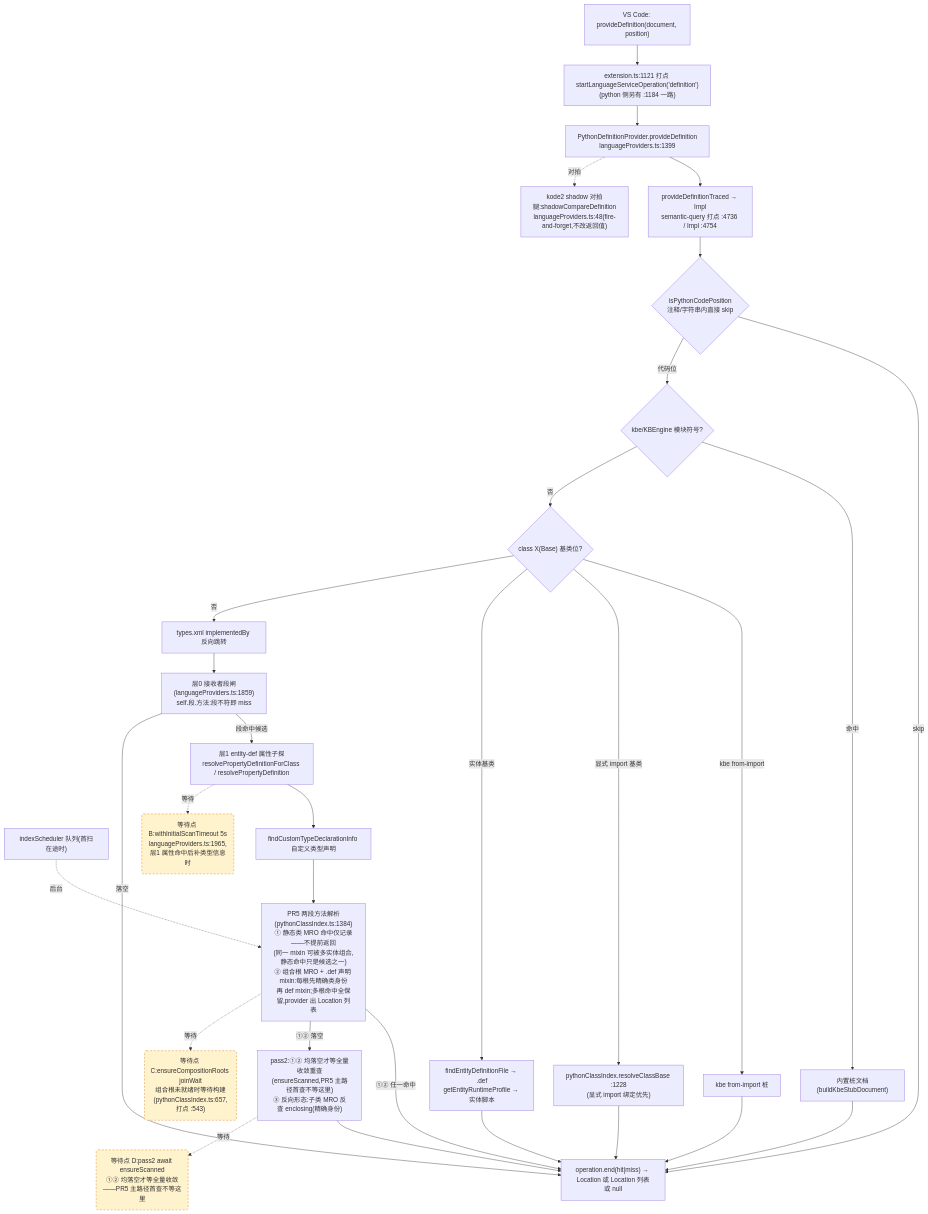
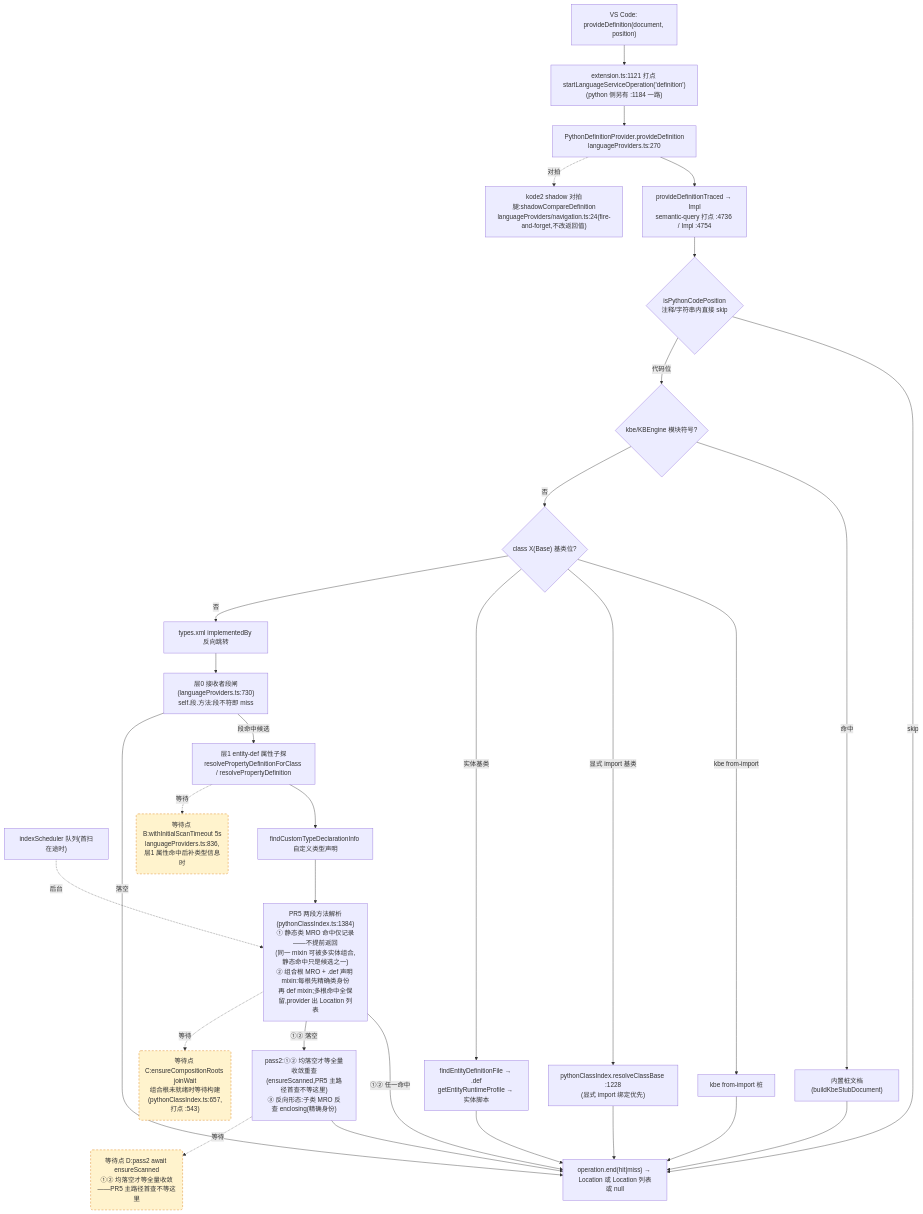
The second of 4 diagrams in docs/perf/2026-baseline.md (cuihairu/kode), drawn with Mermaid before and after one commit. The commit also changed other lines of this file and 5 other files, not shown here.

First line of the commit message:
refactor(arch): KODE-ARCH-001 step 5 — extract languageProviders/navigation (pure move)

````diff
--- a/docs/perf/2026-baseline.md
+++ b/docs/perf/2026-baseline.md
@@ -130,51 +130,51 @@
 ```mermaid
 flowchart TD
   VC2["VS Code: provideDefinition(document, position)"]
   M2["extension.ts:1121 打点 startLanguageServiceOperation('definition')<br/>(python 侧另有 :1184 一路)"]
-  AD2["PythonDefinitionProvider.provideDefinition<br/>languageProviders.ts:1399"]
+  AD2["PythonDefinitionProvider.provideDefinition<br/>languageProviders.ts:270"]
   TR["provideDefinitionTraced → Impl<br/>semantic-query 打点 :4736 / Impl :4754"]
   CTX{"isPythonCodePosition<br/>注释/字符串内直接 skip"}
   KBE{"kbe/KBEngine 模块符号?"}
   STUB["内置桩文档(buildKbeStubDocument)"]
   CB{"class X(Base) 基类位?"}
   CB1["kbe from-import 桩"]
   CB2["pythonClassIndex.resolveClassBase :1228<br/>(显式 import 绑定优先)"]
   CB3["findEntityDefinitionFile → .def<br/>getEntityRuntimeProfile → 实体脚本"]
   REV["types.xml implementedBy 反向跳转"]
-  L0["层0 接收者段闸(languageProviders.ts:1859)<br/>self.段.方法:段不符即 miss"]
+  L0["层0 接收者段闸(languageProviders.ts:730)<br/>self.段.方法:段不符即 miss"]
   L1["层1 entity-def 属性子探<br/>resolvePropertyDefinitionForClass / resolvePropertyDefinition"]
   SCAN["indexScheduler 队列(首扫在途时)"]
   TY["findCustomTypeDeclarationInfo 自定义类型声明"]
   MRO["PR5 两段方法解析(pythonClassIndex.ts:1384)<br/>① 静态类 MRO 命中仅记录——不提前返回<br/>(同一 mixin 可被多实体组合,静态命中只是候选之一)<br/>② 组合根 MRO + .def 声明 mixin:每根先精确类身份<br/>再 def mixin;多根命中全保留,provider 出 Location 列表"]
   PASS2["pass2:①② 均落空才等全量收敛重查<br/>(ensureScanned,PR5 主路径首查不等这里)<br/>③ 反向形态:子类 MRO 反查 enclosing(精确身份)"]
-  SHD["kode2 shadow 对拍腿:shadowCompareDefinition<br/>languageProviders.ts:48(fire-and-forget,不改返回值)"]
+  SHD["kode2 shadow 对拍腿:shadowCompareDefinition<br/>languageProviders/navigation.ts:24(fire-and-forget,不改返回值)"]
   END2["operation.end(hit|miss) → Location 或 Location 列表或 null"]
 
   VC2 --> M2 --> AD2 --> TR --> CTX
   CTX -- "skip" --> END2
   CTX -- "代码位" --> KBE
   KBE -- "命中" --> STUB --> END2
   KBE -- "否" --> CB
   CB -- "kbe from-import" --> CB1 --> END2
   CB -- "显式 import 基类" --> CB2 --> END2
   CB -- "实体基类" --> CB3 --> END2
   CB -- "否" --> REV --> L0
   L0 -- "段命中候选" --> L1
   L0 -- "落空" --> END2
   L1 --> TY
   TY --> MRO
   MRO -- "①② 任一命中" --> END2
   MRO -- "①② 落空" --> PASS2 --> END2
   AD2 -.->|对拍| SHD
 
-  WAITB("等待点 B:withInitialScanTimeout 5s<br/>languageProviders.ts:1965,层1 属性命中后补类型信息时")
+  WAITB("等待点 B:withInitialScanTimeout 5s<br/>languageProviders.ts:836,层1 属性命中后补类型信息时")
   WAITC("等待点 C:ensureCompositionRoots joinWait<br/>组合根未就绪时等待构建(pythonClassIndex.ts:657,打点 :543)")
   WAITD("等待点 D:pass2 await ensureScanned<br/>①② 均落空才等全量收敛——PR5 主路径首查不等这里")
   L1 -.->|等待| WAITB
   MRO -.->|等待| WAITC
   PASS2 -.->|等待| WAITD
   SCAN -.->|后台| MRO
 
   classDef waitPoint fill:#fff3cd,stroke:#d97706,stroke-dasharray:5 4;
   class WAITB,WAITC,WAITD waitPoint;
 ```
````
